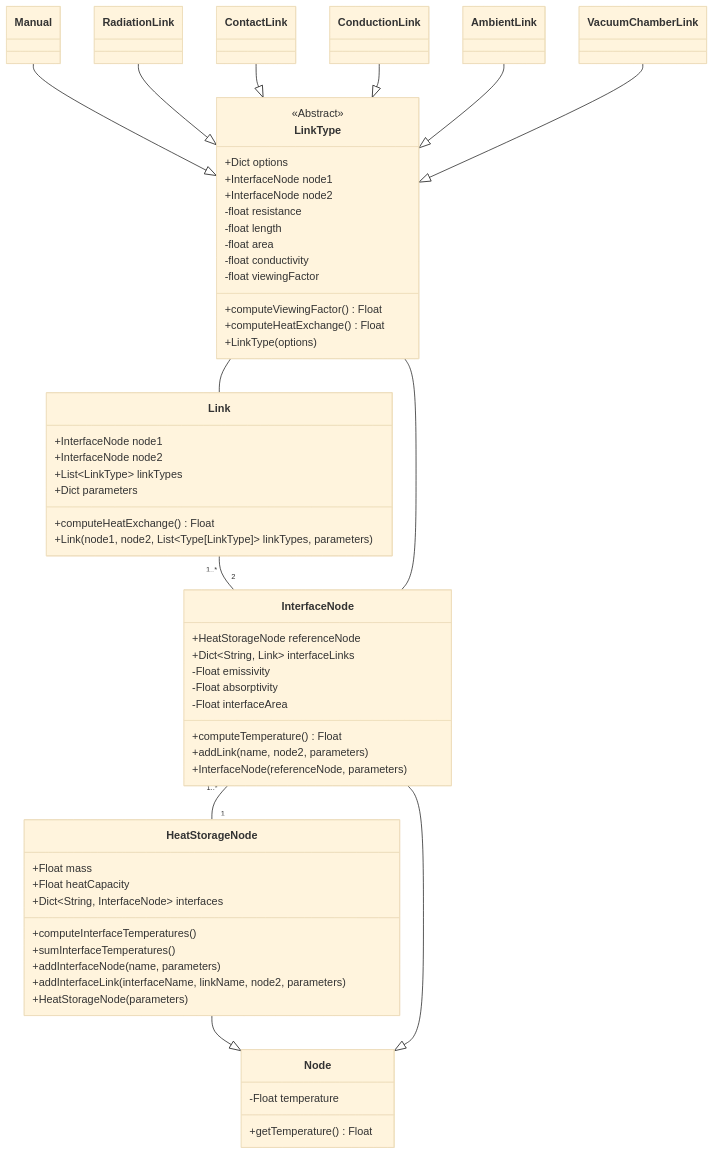
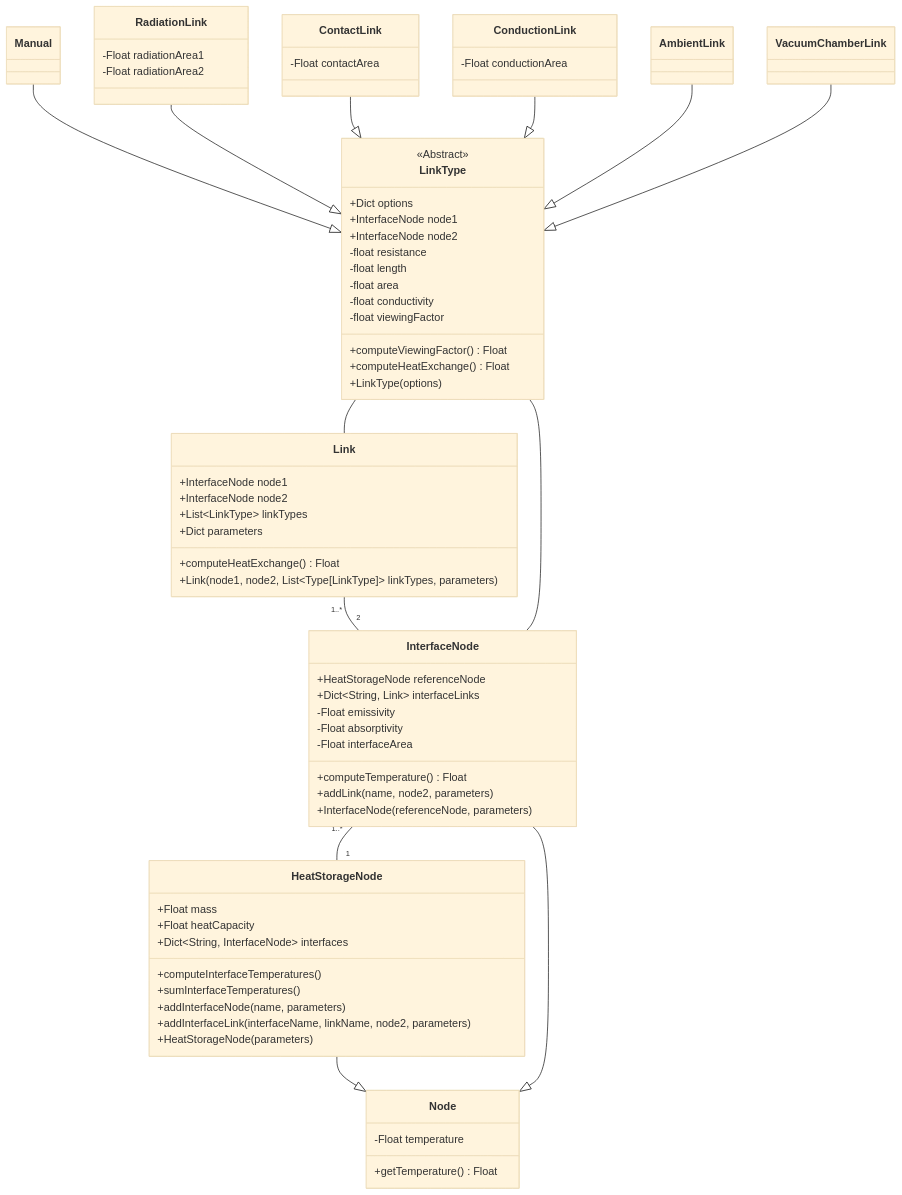
Before and after one commit to niveK77pur/ISM-Thermal-Model: the diagram in class-diagram/class-diagram.mmd, drawn with Mermaid (base theme). The commit also changed 2 other files, not shown here.

Commit message:
each link type has its own area attribute(s)

```diff
--- a/class-diagram/class-diagram.mmd
+++ b/class-diagram/class-diagram.mmd
@@ -1,71 +1,84 @@
 classDiagram
 
 
 class Node {
     -Float temperature
     +getTemperature() Float
 }
 
 class HeatStorageNode {
     +Float mass
     +Float heatCapacity
     +Dict~String, InterfaceNode~ interfaces
     +computeInterfaceTemperatures()
     +sumInterfaceTemperatures()
     +addInterfaceNode(name, parameters)
     +addInterfaceLink(interfaceName, linkName, node2, parameters)
     +HeatStorageNode(parameters)
 }
 
 class InterfaceNode {
     +HeatStorageNode referenceNode
     +Dict~String, Link~ interfaceLinks
     -Float emissivity
     -Float absorptivity
     -Float interfaceArea
     +computeTemperature() Float
     +addLink(name, node2, parameters)
     +InterfaceNode(referenceNode, parameters)
 }
 
 class Link {
     +InterfaceNode node1
     +InterfaceNode node2
     +List~LinkType~ linkTypes
     +Dict parameters
     +computeHeatExchange() Float
     +Link(node1, node2, List~Type[LinkType]~ linkTypes, parameters)
 }
 
 
 class LinkType {
     <<Abstract>>
     +Dict options
     +InterfaceNode node1
     +InterfaceNode node2
     -float resistance
     -float length
     -float area
     -float conductivity
     -float viewingFactor
     +computeViewingFactor() Float
     +computeHeatExchange() Float
     +LinkType(options)
 }
 
+class RadiationLink {
+    -Float radiationArea1
+    -Float radiationArea2
+}
+
+class ContactLink {
+    -Float contactArea
+}
+
+class ConductionLink {
+    -Float conductionArea
+}
+
 HeatStorageNode --|> Node
 InterfaceNode --|> Node
 
 Manual --|> LinkType
 RadiationLink --|> LinkType
 ContactLink --|> LinkType
 ConductionLink --|> LinkType
 AmbientLink --|> LinkType
 VacuumChamberLink --|> LinkType
 
 Link "1..*" -- "2" InterfaceNode
 
 InterfaceNode "1..*" -- "1" HeatStorageNode
 
 LinkType -- Link
 LinkType -- InterfaceNode
```
